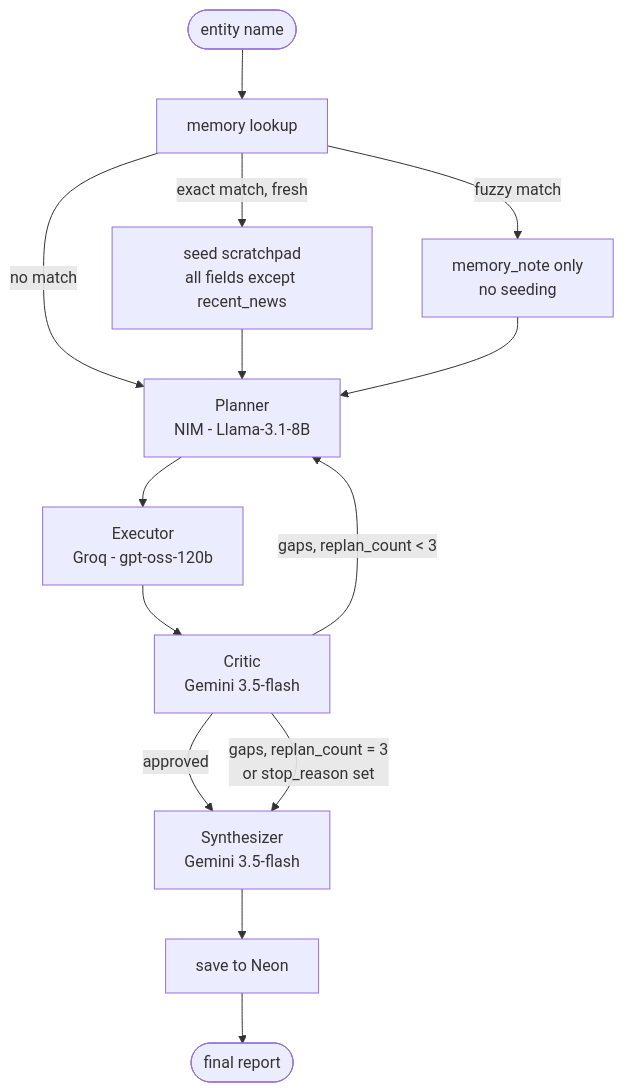
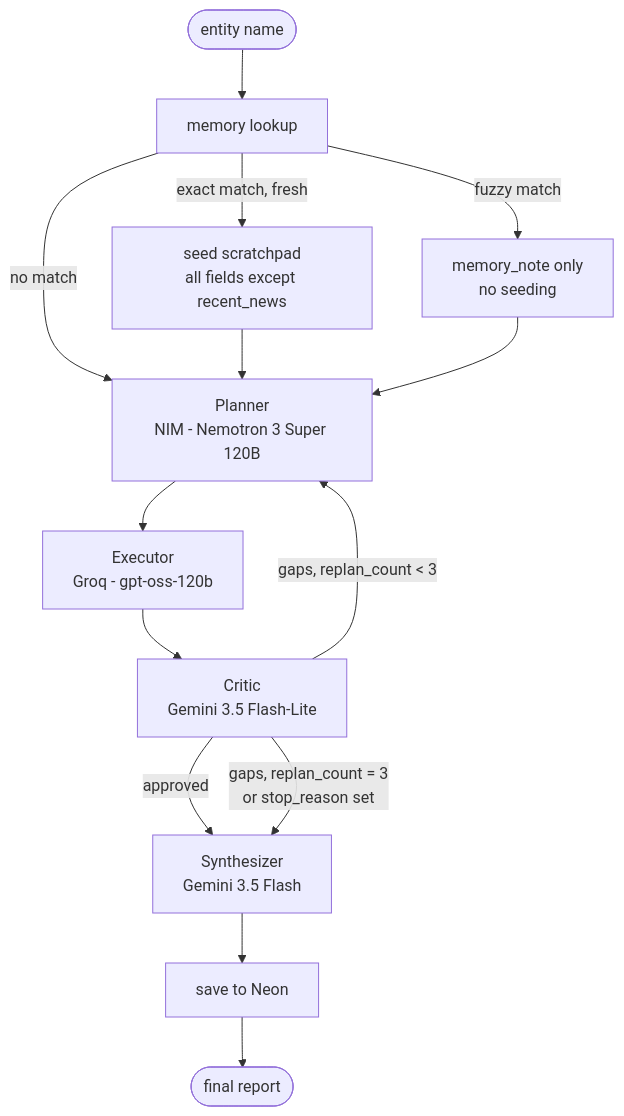
The diagram in README.md (abhinavharbola/competitive-intelligence-agent), drawn with Mermaid before and after one commit. The commit also changed other lines of this file and 5 other files, not shown here.

````diff
--- a/README.md
+++ b/README.md
@@ -34,17 +34,17 @@
 ```mermaid
 flowchart TD
     start([entity name]) --> mem[memory lookup]
     mem -->|exact match, fresh| seed[seed scratchpad\nall fields except recent_news]
     mem -->|fuzzy match| note[memory_note only\nno seeding]
     mem -->|no match| planner
     seed --> planner
     note --> planner
 
-    planner[Planner\nNIM - Llama-3.1-8B] --> executor[Executor\nGroq - gpt-oss-120b]
-    executor --> critic[Critic\nGemini 3.5-flash]
-    critic -->|approved| synthesizer[Synthesizer\nGemini 3.5-flash]
+    planner[Planner\nNIM - Nemotron 3 Super 120B] --> executor[Executor\nGroq - gpt-oss-120b]
+    executor --> critic[Critic\nGemini 3.5 Flash-Lite]
+    critic -->|approved| synthesizer[Synthesizer\nGemini 3.5 Flash]
     critic -->|gaps, replan_count < 3| planner
     critic -->|gaps, replan_count = 3\nor stop_reason set| synthesizer
     synthesizer --> save[save to Neon]
     save --> report([final report])
 ```
````
